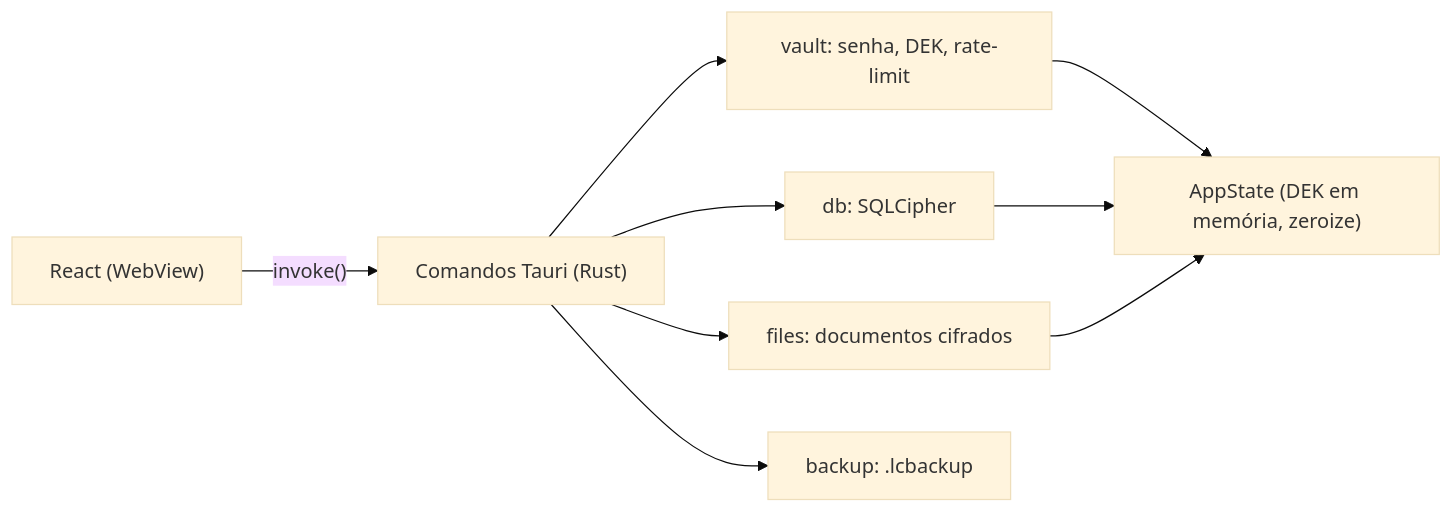
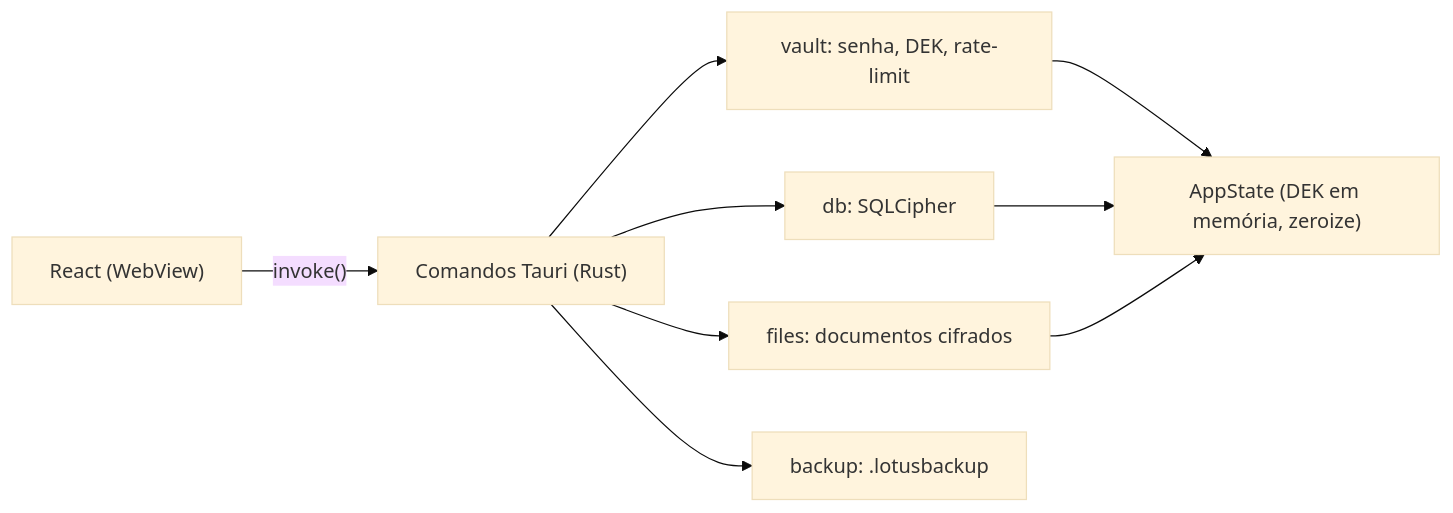
One commit to AndreFelipe265/LotusPsi changed the first of 2 diagrams in Planejamento/02_ARQUITETURA.md. Above: the diagram before and after it, drawn with Mermaid (base theme). The commit also changed 113 other files, not shown here.

Commit message:
feat(branding): atualizar identidade para LotusPsi e formato de backup .lotusbackup

````diff
--- a/Planejamento/02_ARQUITETURA.md
+++ b/Planejamento/02_ARQUITETURA.md
@@ -7,11 +7,11 @@
 ```mermaid
 flowchart LR
   UI["React (WebView)"] -- "invoke()" --> CMD["Comandos Tauri (Rust)"]
   CMD --> VAULT["vault: senha, DEK, rate-limit"]
   CMD --> DB["db: SQLCipher"]
   CMD --> FILES["files: documentos cifrados"]
-  CMD --> BKP["backup: .lcbackup"]
+  CMD --> BKP["backup: .lotusbackup"]
   VAULT --> STATE["AppState (DEK em memória, zeroize)"]
   DB --> STATE
   FILES --> STATE
 ```
````
